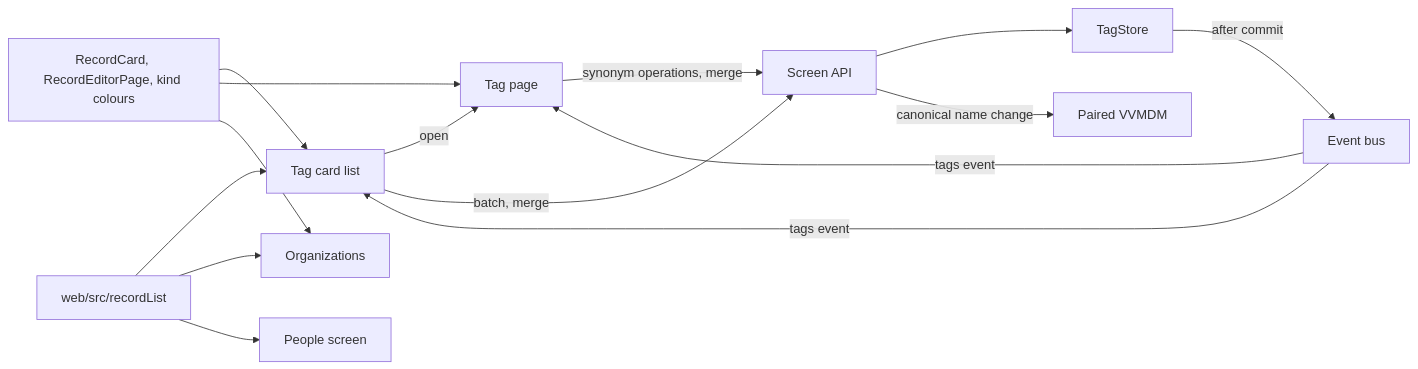
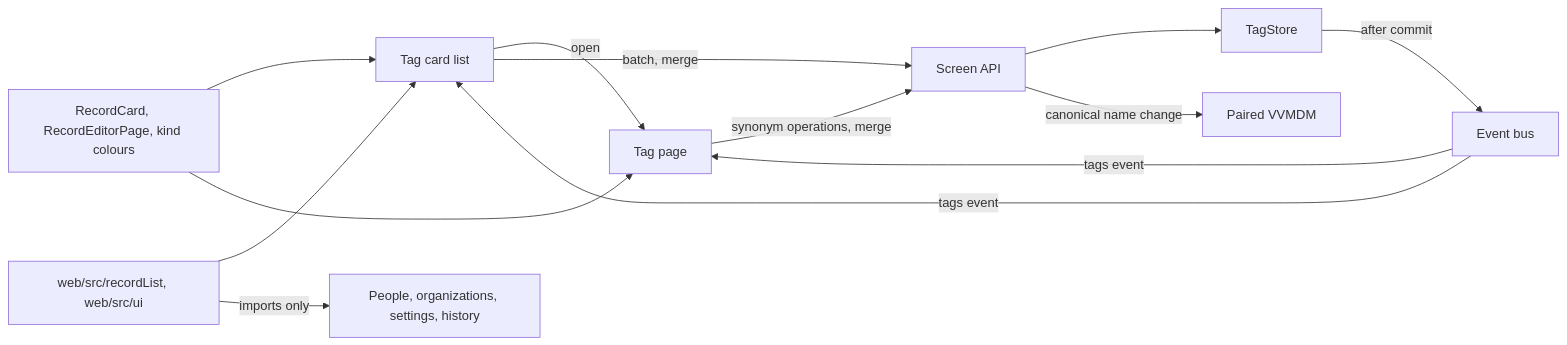
Before and after one commit to syudead/vv: the first of 4 diagrams in specs/070-tag-workbench/plan.md, drawn with Mermaid. The commit also changed other lines of this file, not shown here.

First line of the commit message:
Limit the tag plan to the tags screen

````diff
--- a/specs/070-tag-workbench/plan.md
+++ b/specs/070-tag-workbench/plan.md
@@ -22,17 +22,15 @@
 ```mermaid
 flowchart LR
   list[Tag card list] -->|open| page[Tag page]
   list -->|batch, merge| api[Screen API]
   page -->|synonym operations, merge| api
   api --> store[TagStore]
   api -->|canonical name change| peer[Paired VVMDM]
   store -->|after commit| bus[Event bus]
   bus -->|tags event| list
   bus -->|tags event| page
   ds[RecordCard, RecordEditorPage, kind colours] --> list
   ds --> page
-  ds --> orgs[Organizations]
-  shared[web/src/recordList] --> list
-  shared --> orgs
-  shared --> people[People screen]
+  shared[web/src/recordList, web/src/ui] --> list
+  shared -->|imports only| others[People, organizations, settings, history]
 ```
````
